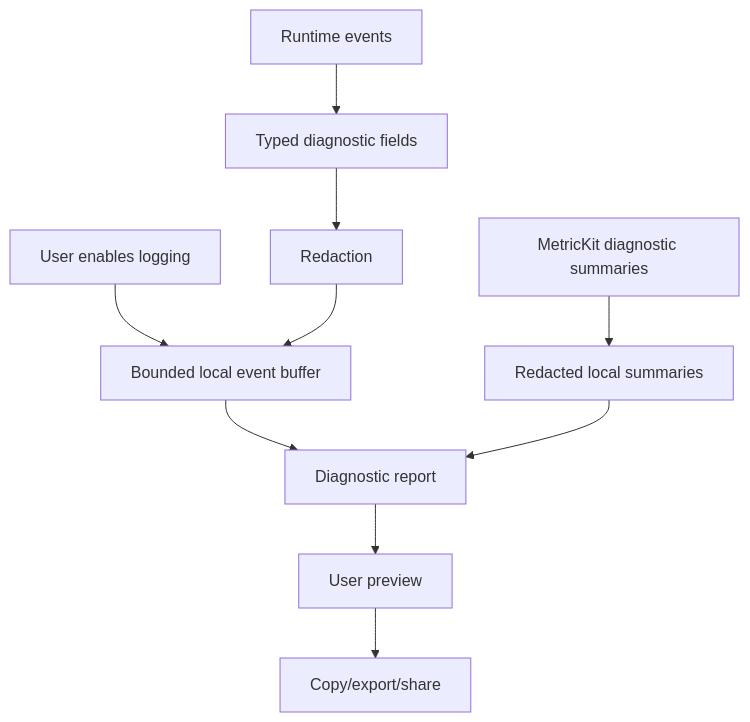
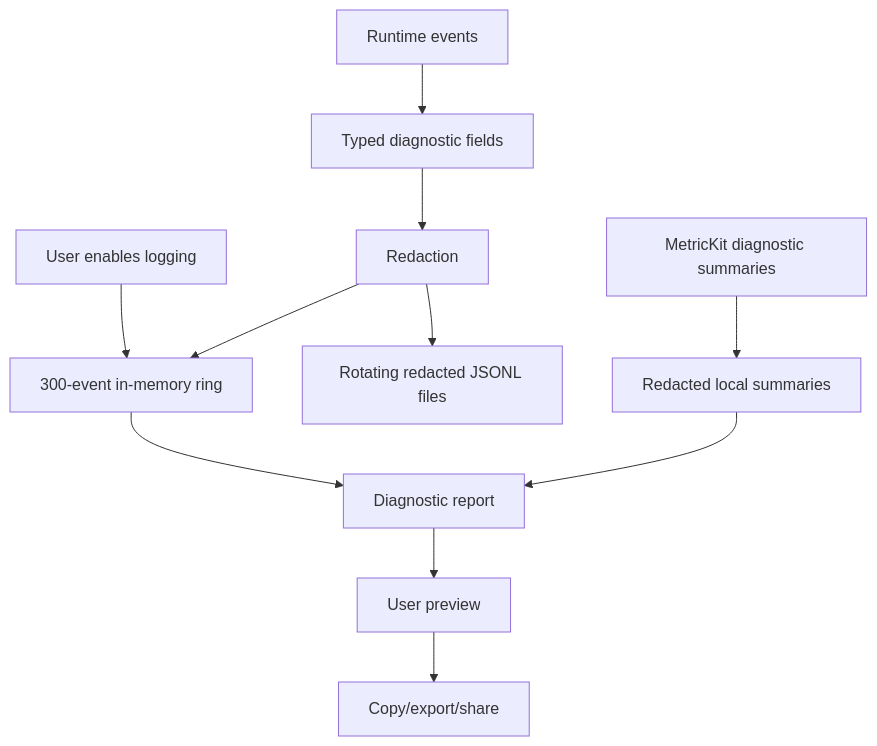
One commit to jlipworth/Labstream changed the diagram in docs/DIAGNOSTICS-PRIVACY.md. Above: the diagram before and after it, drawn with Mermaid. The commit also changed other lines of this file and 60 other files, not shown here.

````diff
--- a/docs/DIAGNOSTICS-PRIVACY.md
+++ b/docs/DIAGNOSTICS-PRIVACY.md
@@ -5,12 +5,13 @@
 ```mermaid
 flowchart TD
-  Toggle[User enables logging] --> Ring[Bounded local event buffer]
+  Toggle[User enables logging] --> Ring[300-event in-memory ring]
   Runtime[Runtime events] --> Fields[Typed diagnostic fields]
   Fields --> Redactor[Redaction]
   Redactor --> Ring
+  Redactor --> Files[Rotating redacted JSONL files]
   MetricKit[MetricKit diagnostic summaries] --> MXRedact[Redacted local summaries]
   Ring --> Report[Diagnostic report]
   MXRedact --> Report
   Report --> Preview[User preview]
   Preview --> Copy[Copy/export/share]
 ```
````
